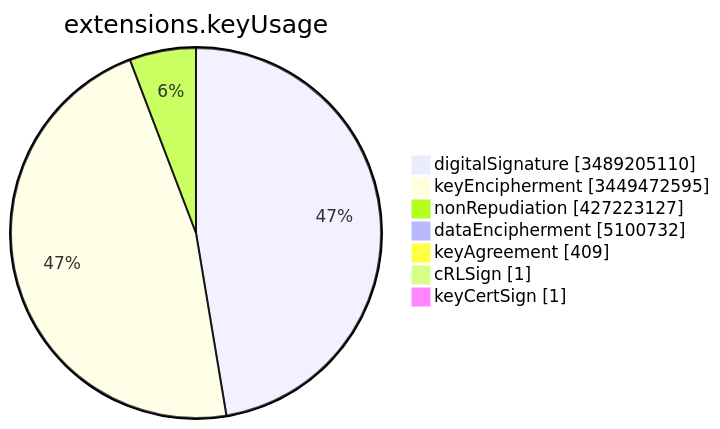
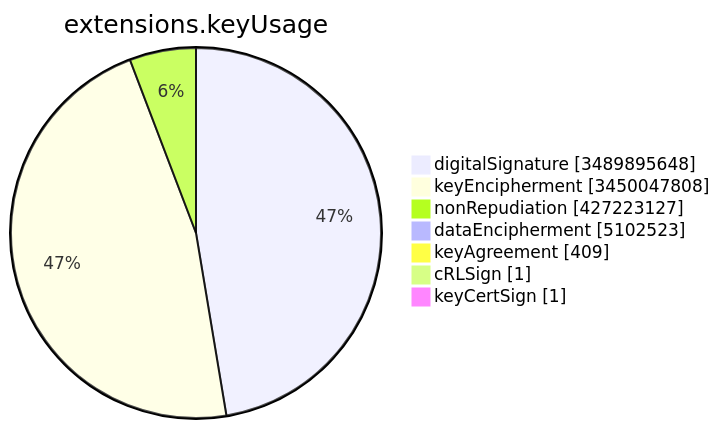
Before and after one commit to christiankrug/ctmonitor_visualization: the sixth of 15 diagrams in TOTAL/README.md, drawn with Mermaid. The commit also changed other lines of this file, not shown here.

````diff
--- a/TOTAL/README.md
+++ b/TOTAL/README.md
@@ -3083,11 +3083,11 @@
 ```mermaid
 pie showData
 title extensions.keyUsage
-"digitalSignature" :3489205110
-"keyEncipherment" :3449472595
+"digitalSignature" :3489895648
+"keyEncipherment" :3450047808
 "nonRepudiation" :427223127
-"dataEncipherment" :5100732
+"dataEncipherment" :5102523
 "keyAgreement" :409
 "cRLSign" :1
 "keyCertSign" :1
 ```
````
